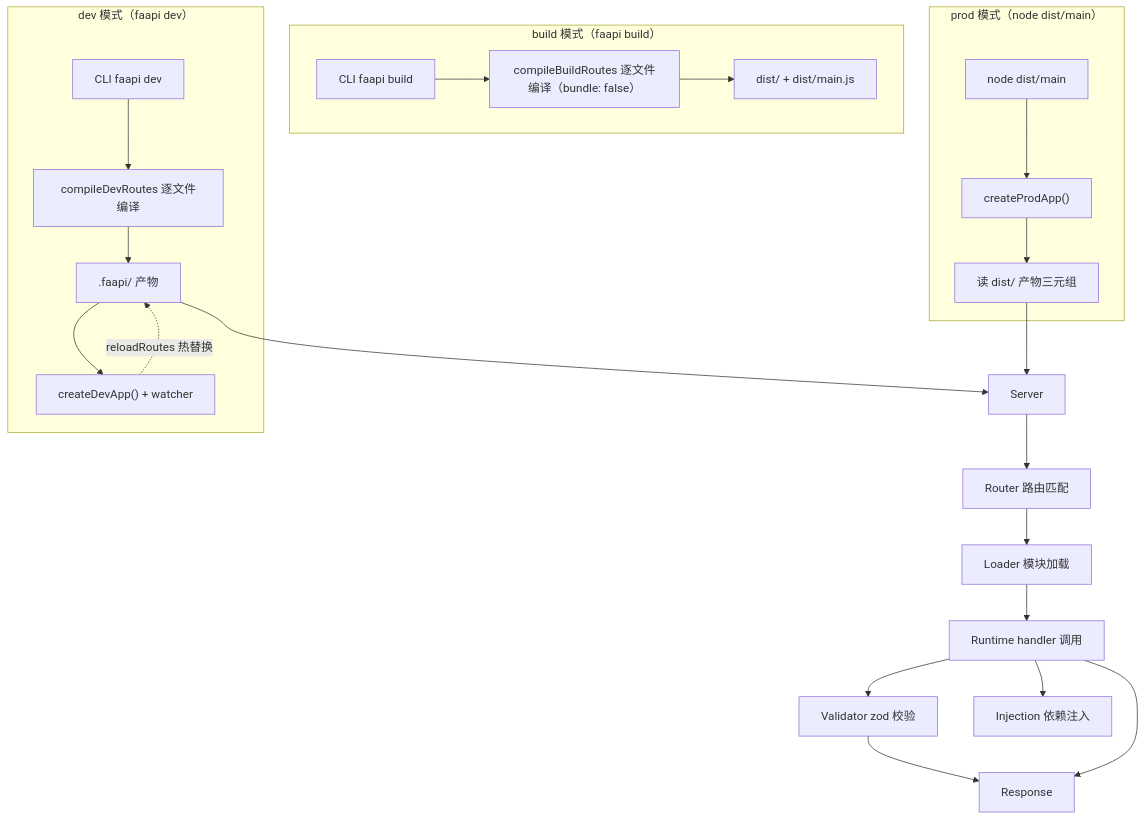
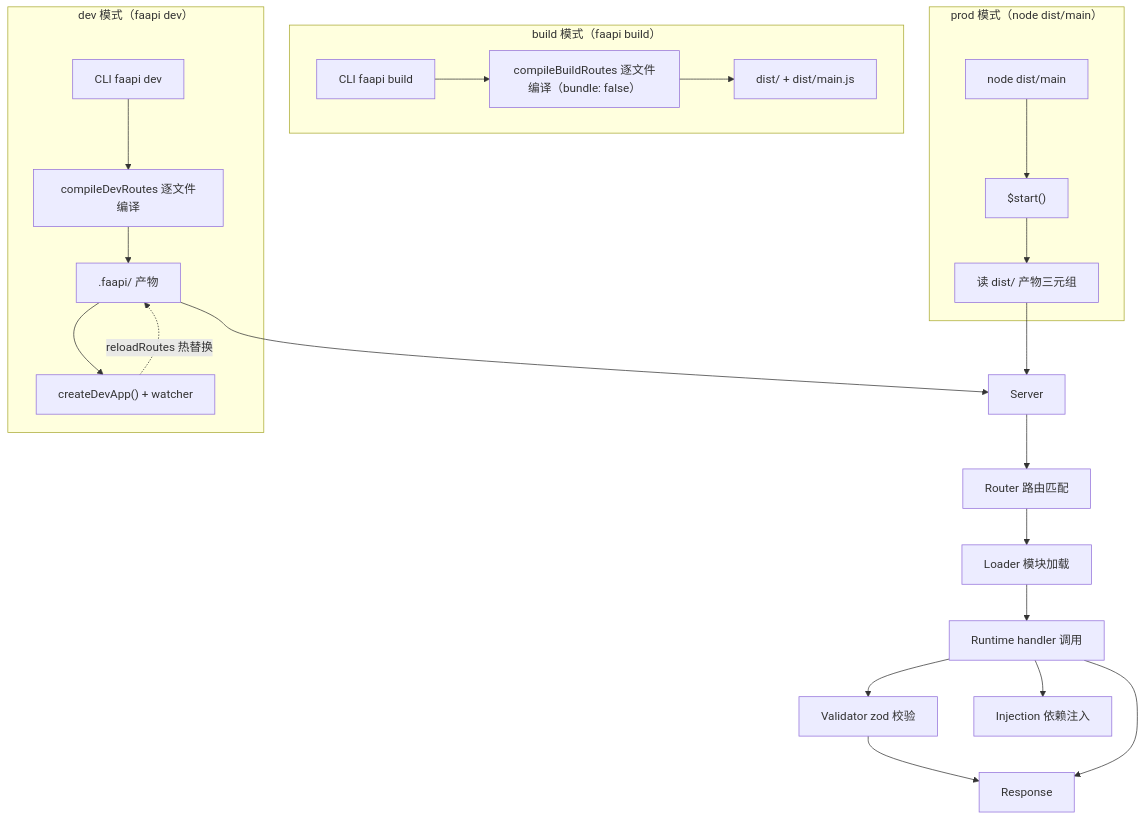
The diagram in README.md (faapi/faapi), drawn with Mermaid before and after one commit. The commit also changed other lines of this file and 7 other files, not shown here.

````diff
--- a/README.md
+++ b/README.md
@@ -25,26 +25,26 @@
 ```mermaid
 graph TD
     subgraph dev["dev 模式（faapi dev）"]
         A1["CLI faapi dev"] --> B1["compileDevRoutes 逐文件编译"]
         B1 --> C1[".faapi/ 产物"]
         C1 --> D1["createDevApp() + watcher"]
         D1 -.->|"reloadRoutes 热替换"| C1
     end
     subgraph build["build 模式（faapi build）"]
         A2["CLI faapi build"] --> B2["compileBuildRoutes 逐文件编译（bundle: false）"]
         B2 --> C2["dist/ + dist/main.js"]
     end
     subgraph prod["prod 模式（node dist/main）"]
-        A3["node dist/main"] --> D2["createProdApp()"]
+        A3["node dist/main"] --> D2["$start()"]
         D2 --> C3["读 dist/ 产物三元组"]
     end
     C1 --> S["Server"]
     C3 --> S
     S --> R["Router 路由匹配"]
     R --> L["Loader 模块加载"]
     L --> RT["Runtime handler 调用"]
     RT --> V["Validator zod 校验"]
     RT --> I["Injection 依赖注入"]
     V --> RESP["Response"]
     RT --> RESP
 ```
````
